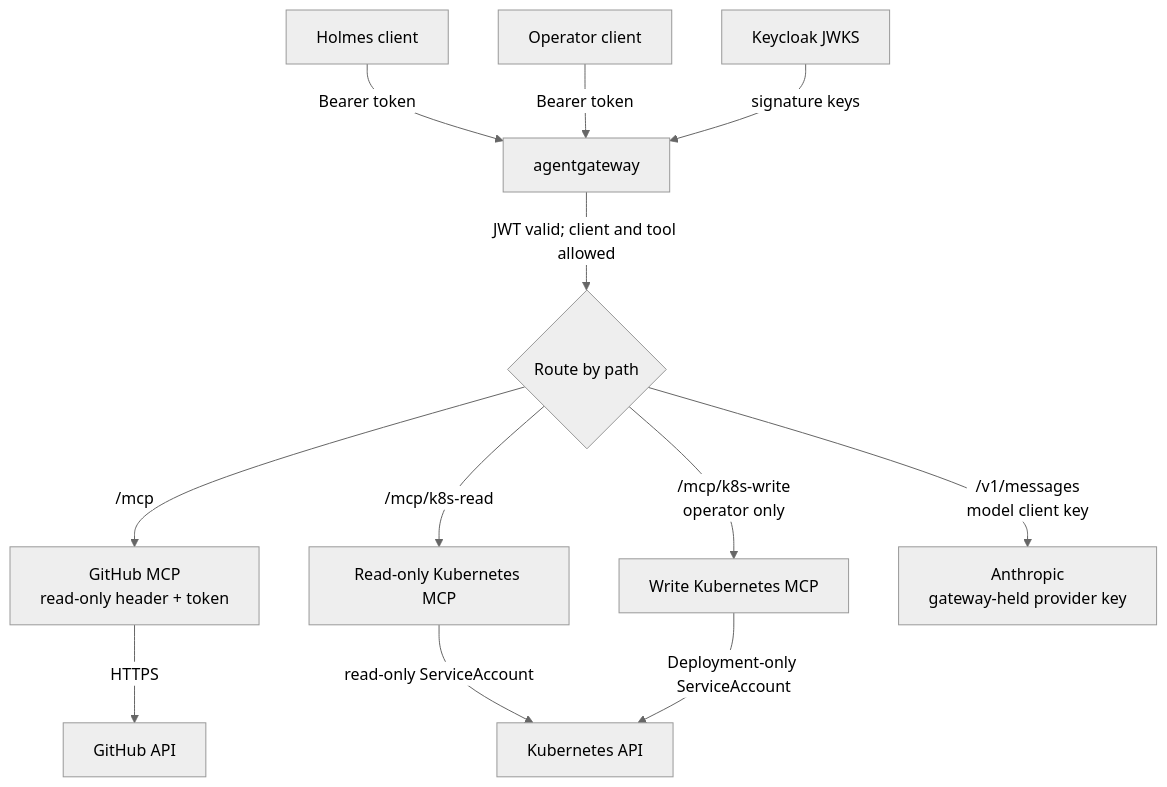
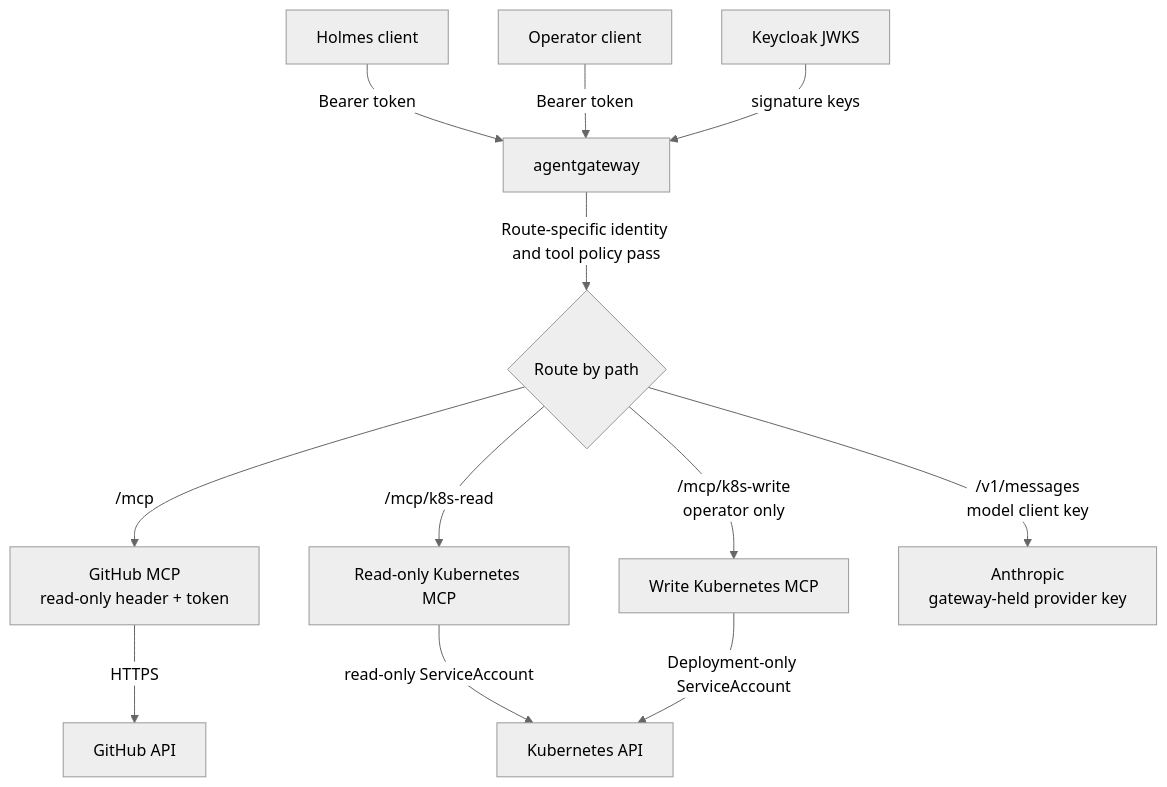
The second of 2 diagrams in docs/setup.md (fsclyde/kubernetes-sre-security-lab), drawn with Mermaid (neutral theme) before and after one commit.

Commit message:
Complete Holmes request wiring and correct Gateway policy

````diff
--- a/docs/setup.md
+++ b/docs/setup.md
@@ -151,14 +151,14 @@
 ```mermaid
 flowchart TD
     H[Holmes client] -->|Bearer token| G[agentgateway]
     O[Operator client] -->|Bearer token| G
     K[Keycloak JWKS] -->|signature keys| G
-    G -->|JWT valid; client and tool allowed| R{Route by path}
+    G -->|Route-specific identity and tool policy pass| R{Route by path}
     R -->|/mcp| GH[GitHub MCP<br/>read-only header + token]
     R -->|/mcp/k8s-read| KR[Read-only Kubernetes MCP]
     R -->|/mcp/k8s-write<br/>operator only| KW[Write Kubernetes MCP]
     R -->|/v1/messages<br/>model client key| A[Anthropic<br/>gateway-held provider key]
     KR -->|read-only ServiceAccount| API[Kubernetes API]
     KW -->|Deployment-only ServiceAccount| API
     GH -->|HTTPS| GHA[GitHub API]
 ```
````
